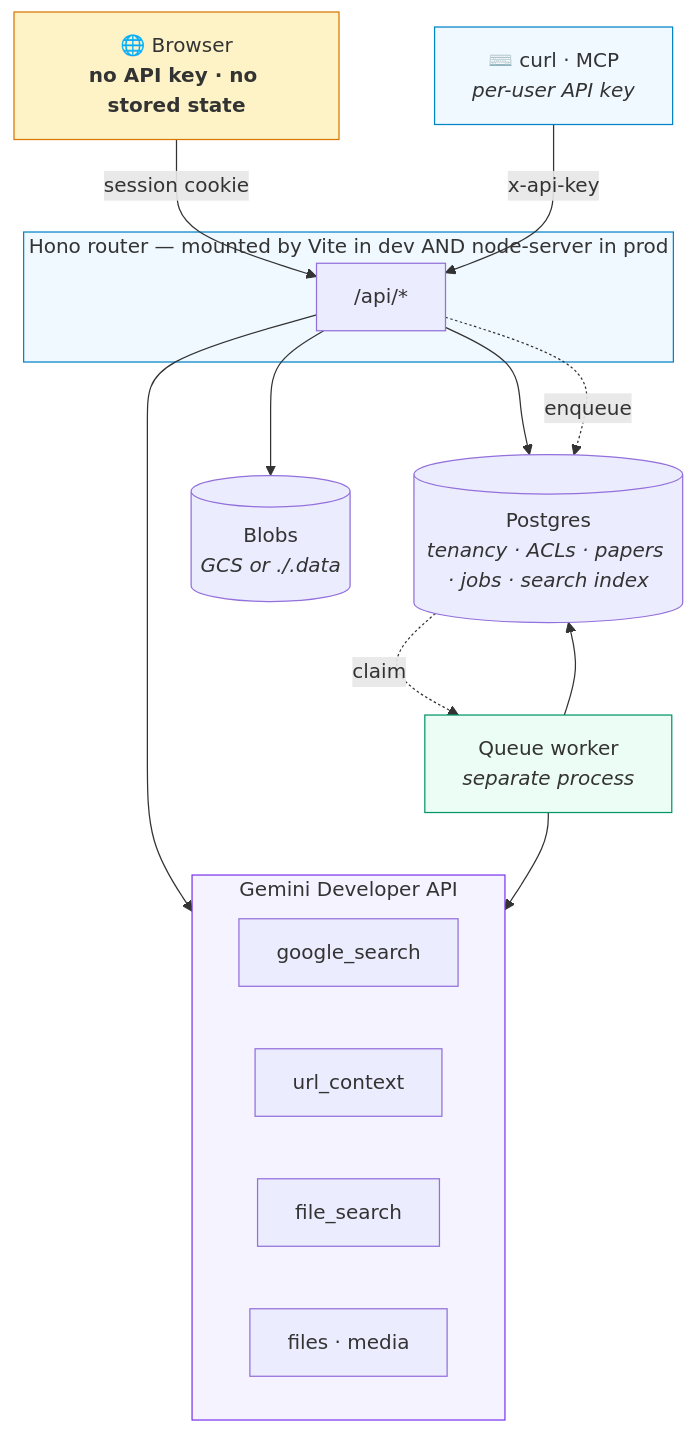
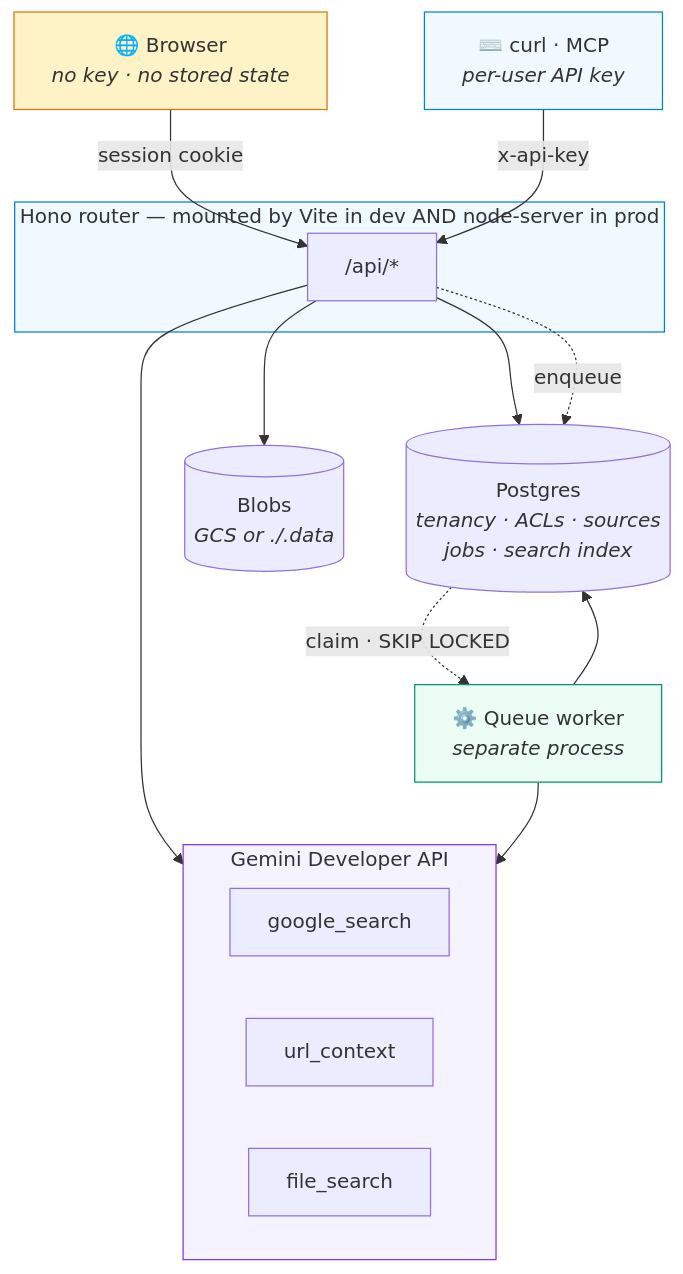
The diagram in README.md (BuildGeekAI/scholar-mind), drawn with Mermaid before and after one commit. The commit also changed other lines of this file and 1 other file, not shown here.

````diff
--- a/README.md
+++ b/README.md
@@ -137,35 +62,34 @@
 ```mermaid
 flowchart TB
-    B["🌐 Browser<br/><b>no API key · no stored state</b>"]
+    B["🌐 Browser<br/><i>no key · no stored state</i>"]
     C["⌨️ curl · MCP<br/><i>per-user API key</i>"]
 
     subgraph SRV["Hono router — mounted by Vite in dev AND node-server in prod"]
         R["/api/*"]
     end
 
     B -->|"session cookie"| R
     C -->|"x-api-key"| R
 
-    R --> PG[("Postgres<br/><i>tenancy · ACLs · papers · jobs · search index</i>")]
+    R --> PG[("Postgres<br/><i>tenancy · ACLs · sources<br/>jobs · search index</i>")]
     R --> BL[("Blobs<br/><i>GCS or ./.data</i>")]
     R --> GEM
 
-    W["Queue worker<br/><i>separate process</i>"] --> PG
+    W["⚙️ Queue worker<br/><i>separate process</i>"] --> PG
     W --> GEM
     R -.->|"enqueue"| PG
-    PG -.->|"claim"| W
+    PG -.->|"claim · SKIP LOCKED"| W
 
     subgraph GEM["Gemini Developer API"]
         direction LR
         T1["google_search"]
         T2["url_context"]
         T3["file_search"]
-        T4["files · media"]
     end
 
     style B fill:#fef3c7,stroke:#d97706
     style C fill:#f0f9ff,stroke:#0284c7
     style SRV fill:#f0f9ff,stroke:#0284c7
     style W fill:#ecfdf5,stroke:#059669
     style GEM fill:#f5f3ff,stroke:#7c3aed
 ```
````
